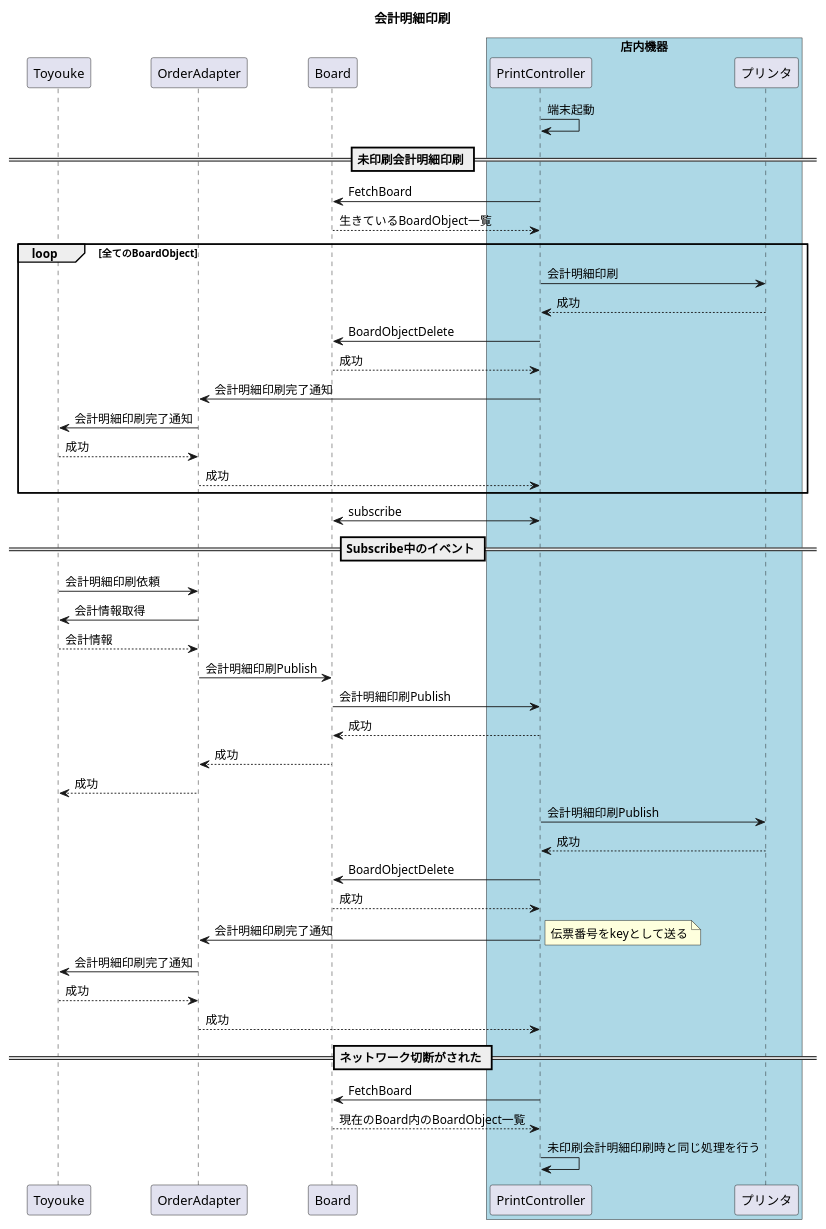
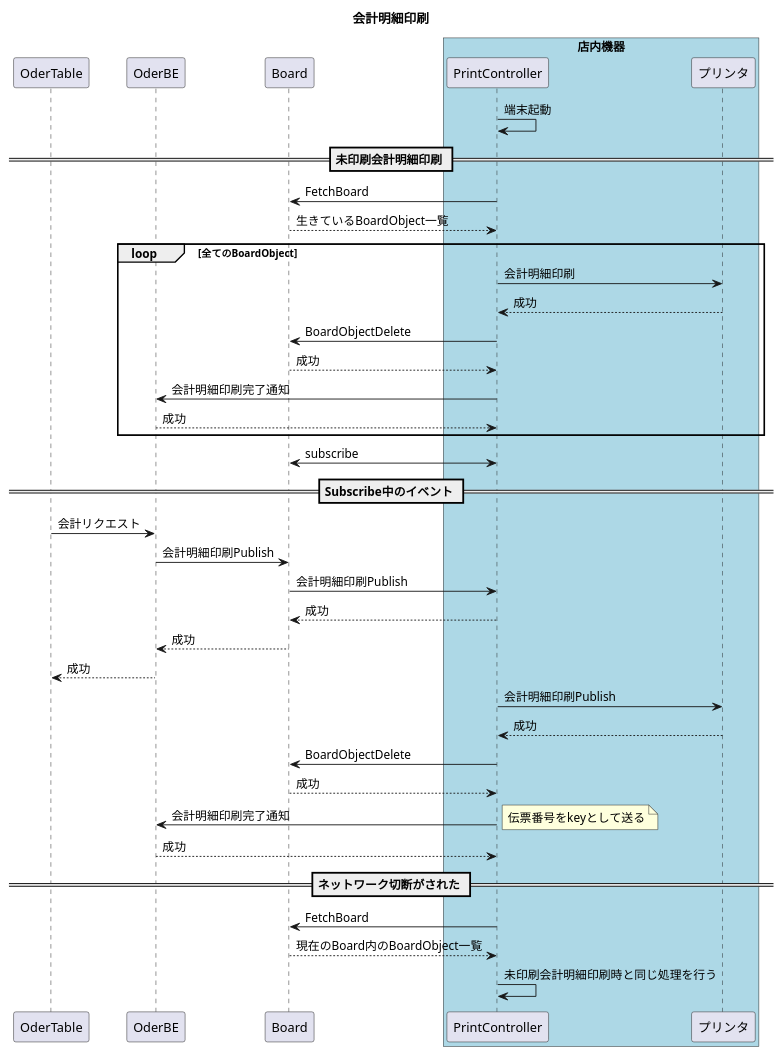
One commit to kmurata08/plantuml-editor changed the diagram in instore/print_accounting.pu. Above: the diagram before and after it, drawn with PlantUML. The commit also changed 1 other file, not shown here.

```diff
--- a/instore/print_accounting.pu
+++ b/instore/print_accounting.pu
@@ -1,57 +1,51 @@
 title 会計明細印刷
 
-participant Toyouke as t
-participant OrderAdapter as o
+participant OderTable as ot
+participant OderBE as o
 participant Board as b
 
 box "店内機器" #LightBlue
     participant PrintController as pc
     participant プリンタ as pt
 end box
 
 pc -> pc: 端末起動
 
 == 未印刷会計明細印刷 ==
 
 b <- pc: FetchBoard
 b --> pc: 生きているBoardObject一覧
 
 loop 全てのBoardObject
     pc -> pt: 会計明細印刷
     pc <-- pt: 成功
     b <- pc: BoardObjectDelete
     b --> pc: 成功
     o <- pc: 会計明細印刷完了通知
-    t <- o: 会計明細印刷完了通知
-    t --> o: 成功
     o --> pc: 成功
 end
 
 b <-> pc: subscribe
 
 == Subscribe中のイベント ==
 
-t -> o: 会計明細印刷依頼
-o -> t: 会計情報取得
-o <-- t: 会計情報
+ot -> o: 会計リクエスト
 o -> b: 会計明細印刷Publish
 b -> pc: 会計明細印刷Publish
 b <-- pc: 成功
 o <-- b: 成功
-t <-- o: 成功
+ot <-- o: 成功
 pc -> pt: 会計明細印刷Publish
 pc <-- pt: 成功
 b <- pc: BoardObjectDelete
 b --> pc: 成功
 o <- pc: 会計明細印刷完了通知
 note right
     伝票番号をkeyとして送る
 end note
-t <- o: 会計明細印刷完了通知
-t --> o: 成功
 o --> pc: 成功
 
 == ネットワーク切断がされた ==
 pc -> b: FetchBoard
 b --> pc: 現在のBoard内のBoardObject一覧
 pc -> pc: 未印刷会計明細印刷時と同じ処理を行う
```
